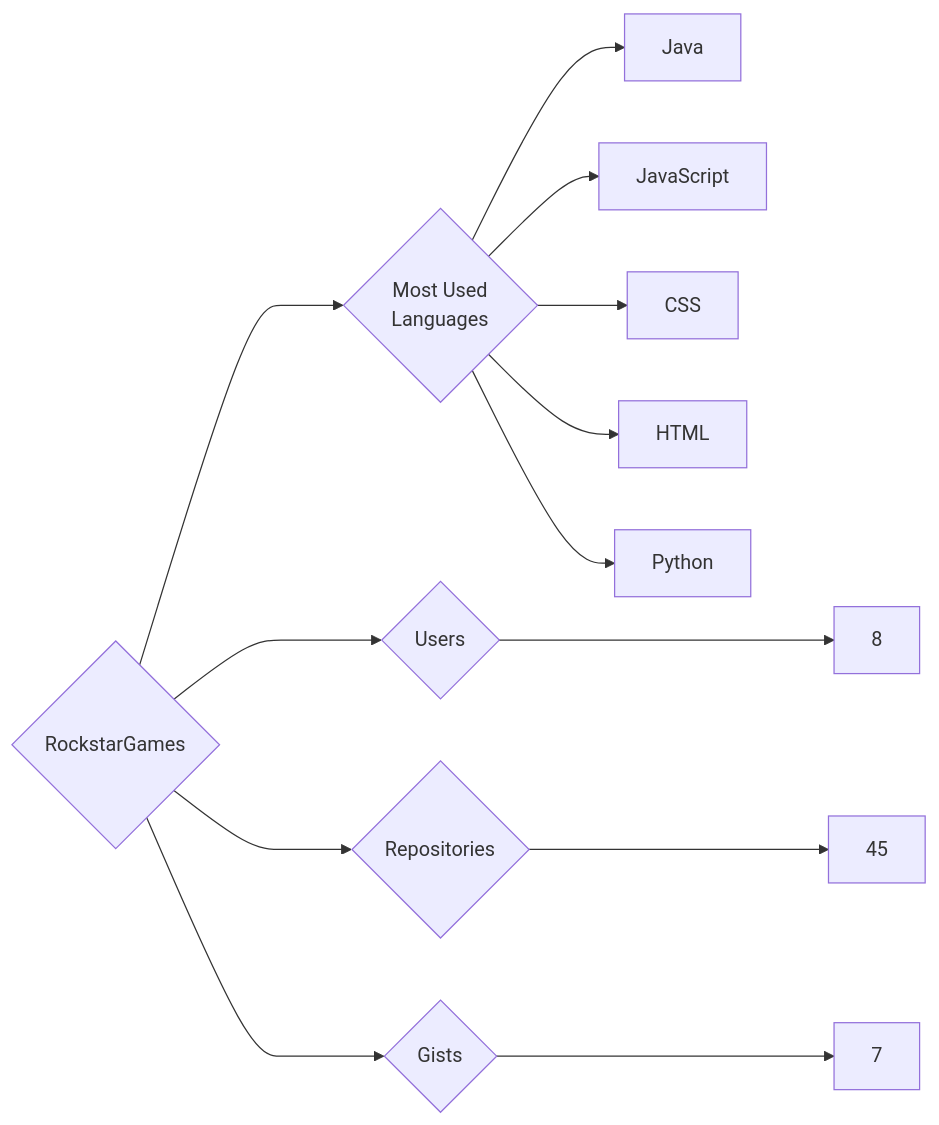
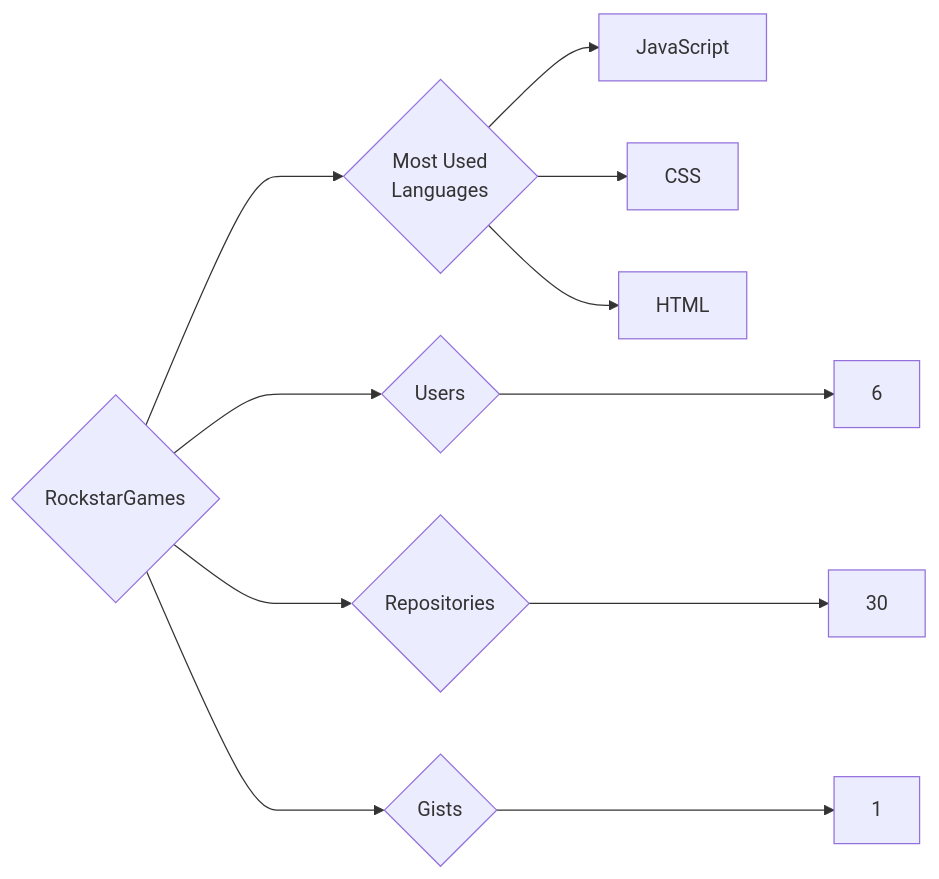
One commit to trickest/insiders changed the diagram in targets/RockstarGames/README.md. Above: the diagram before and after it, drawn with Mermaid. The commit also changed 1479 other files, not shown here.

````diff
--- a/targets/RockstarGames/README.md
+++ b/targets/RockstarGames/README.md
@@ -3,13 +3,11 @@
 ```mermaid
 graph LR
 COMPANY_NAME{RockstarGames}
-COMPANY_NAME ---> U{Users} ---> UN[8]
-COMPANY_NAME ---> R{Repositories} ---> RN[45]
-COMPANY_NAME ---> G{Gists} ---> GN[7]
+COMPANY_NAME ---> U{Users} ---> UN[6]
+COMPANY_NAME ---> R{Repositories} ---> RN[30]
+COMPANY_NAME ---> G{Gists} ---> GN[1]
 COMPANY_NAME ---> ML{Most Used<br>Languages}
-ML --> Java[Java]
 ML --> JavaScript[JavaScript]
 ML --> CSS[CSS]
 ML --> HTML[HTML]
-ML --> Python[Python]
 ```
````
